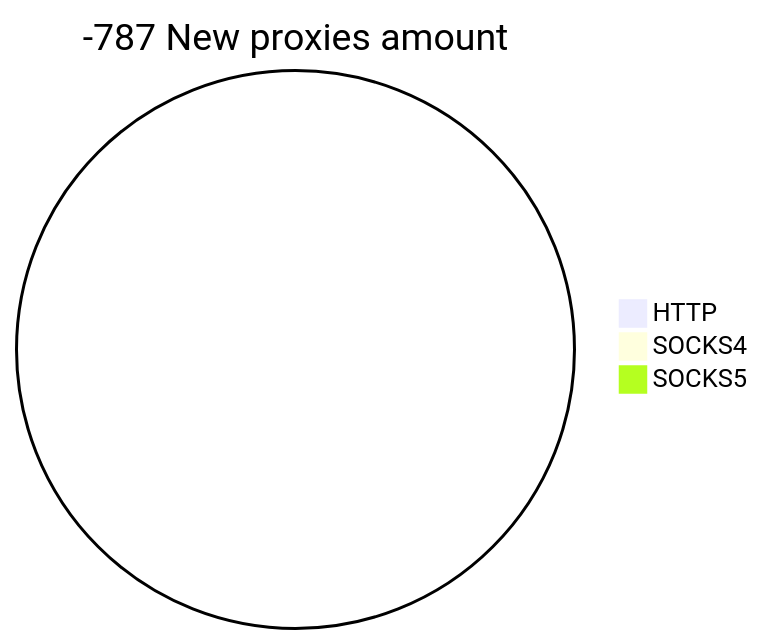
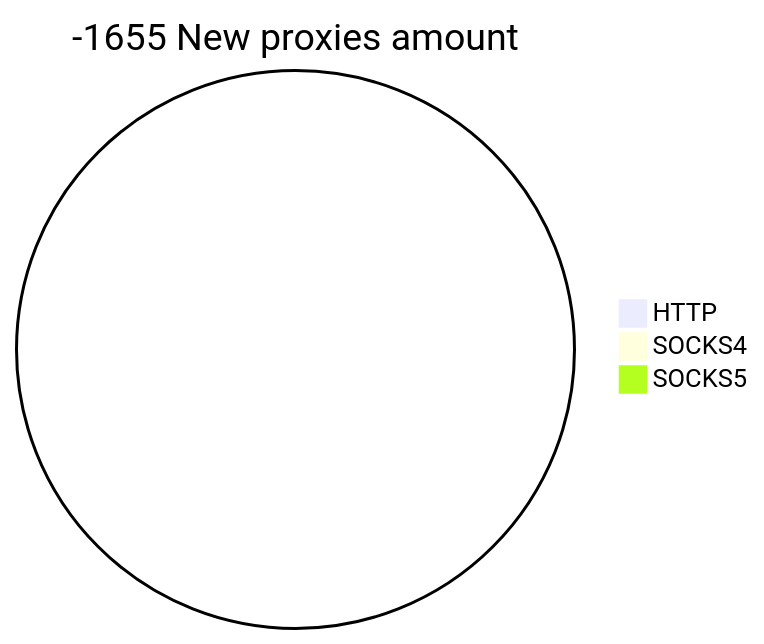
The second of 2 diagrams in README.md (cutipu/proxylist), drawn with Mermaid before and after one commit. The commit also changed other lines of this file, not shown here.

````diff
--- a/README.md
+++ b/README.md
@@ -10,6 +10,6 @@
 ```mermaid
-pie title -787 New proxies amount
+pie title -1655 New proxies amount
     "HTTP" : 0
     "SOCKS4" : 0
     "SOCKS5" : 0
 ```
````
